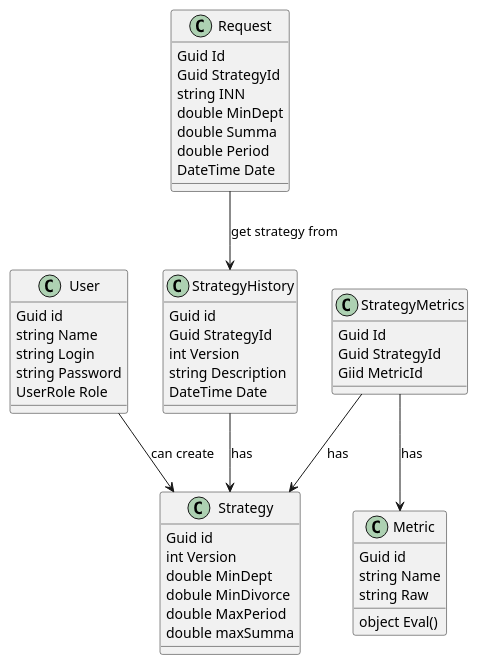
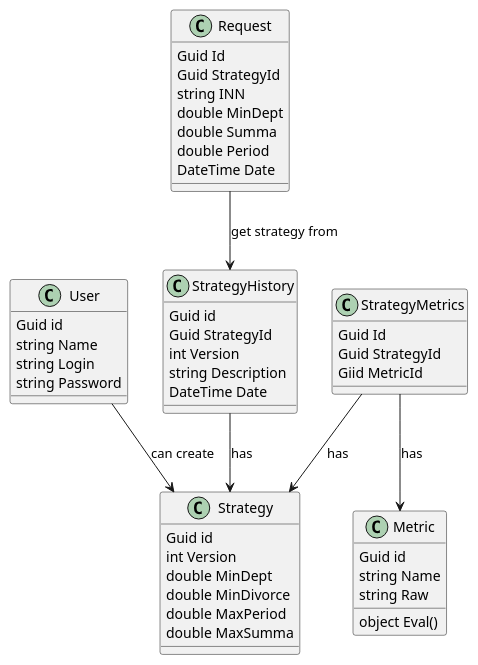
The diagram in docs/data_model.puml (TeamBolognese/FinoDays-2022), drawn with PlantUML before and after one commit. The commit also changed 42 other files, not shown here.

```diff
--- a/docs/data_model.puml
+++ b/docs/data_model.puml
@@ -1,63 +1,62 @@
 @startuml DataModel
 
 class User {
     Guid id
     string Name
     string Login
     string Password
-    UserRole Role
 }
 
 class StrategyHistory {
     Guid id
     Guid StrategyId
     int Version
     string Description
     DateTime Date
 }
 
 class Strategy {
     Guid id
     int Version
     /' Мин ставка по кредиту '/
     double MinDept
     /' Мин рейтинг для неодобрения заявки'/
-    dobule MinDivorce
+    double MinDivorce
     double MaxPeriod
-    double maxSumma
+    double MaxSumma
 }
 
 class StrategyMetrics {
     Guid Id
     Guid StrategyId
     Giid MetricId
 }
 
 class Metric {
     Guid id
     string Name
     string Raw
 
     object Eval()
 }
 
 
 class Request {
     Guid Id
     Guid StrategyId
     string INN
     double MinDept
     double Summa
     double Period
     DateTime Date
 }
 
 User --> Strategy : can create
 StrategyHistory --> Strategy : has
 
 StrategyMetrics --> Strategy : has
 StrategyMetrics --> Metric : has
 
 Request --> StrategyHistory : get strategy from
 
 @enduml
```
